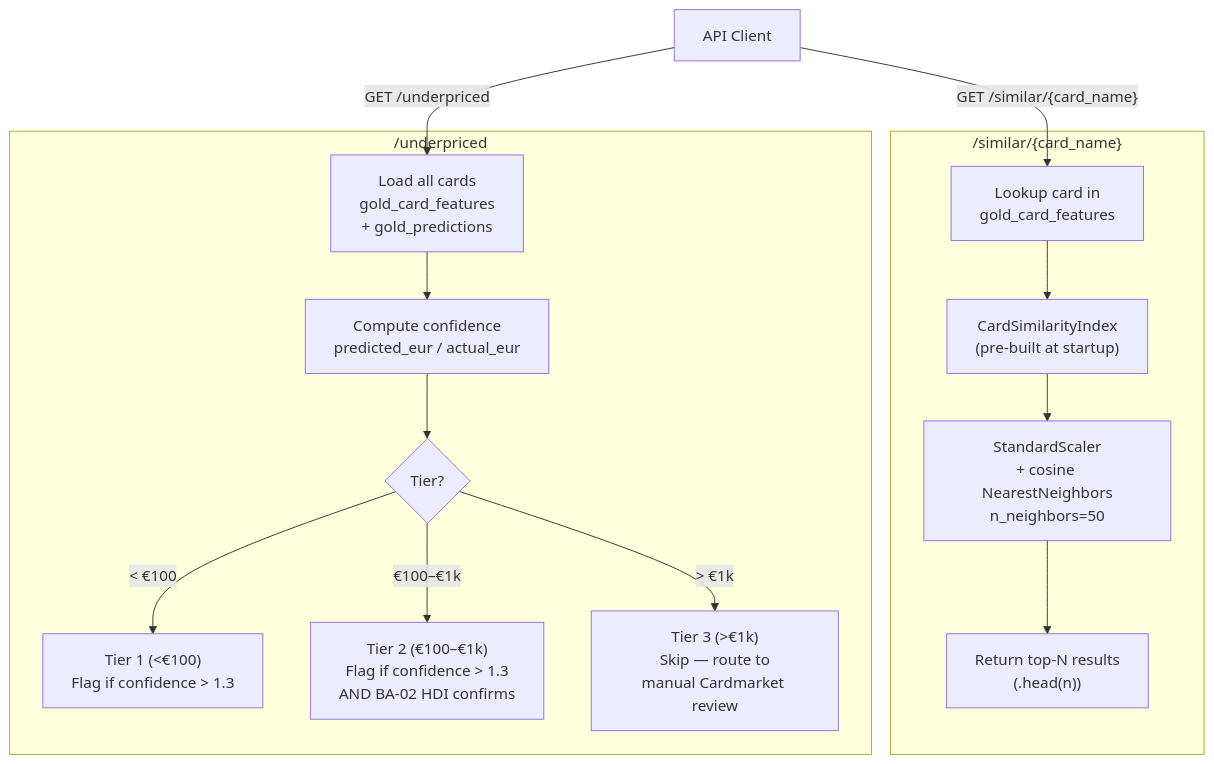
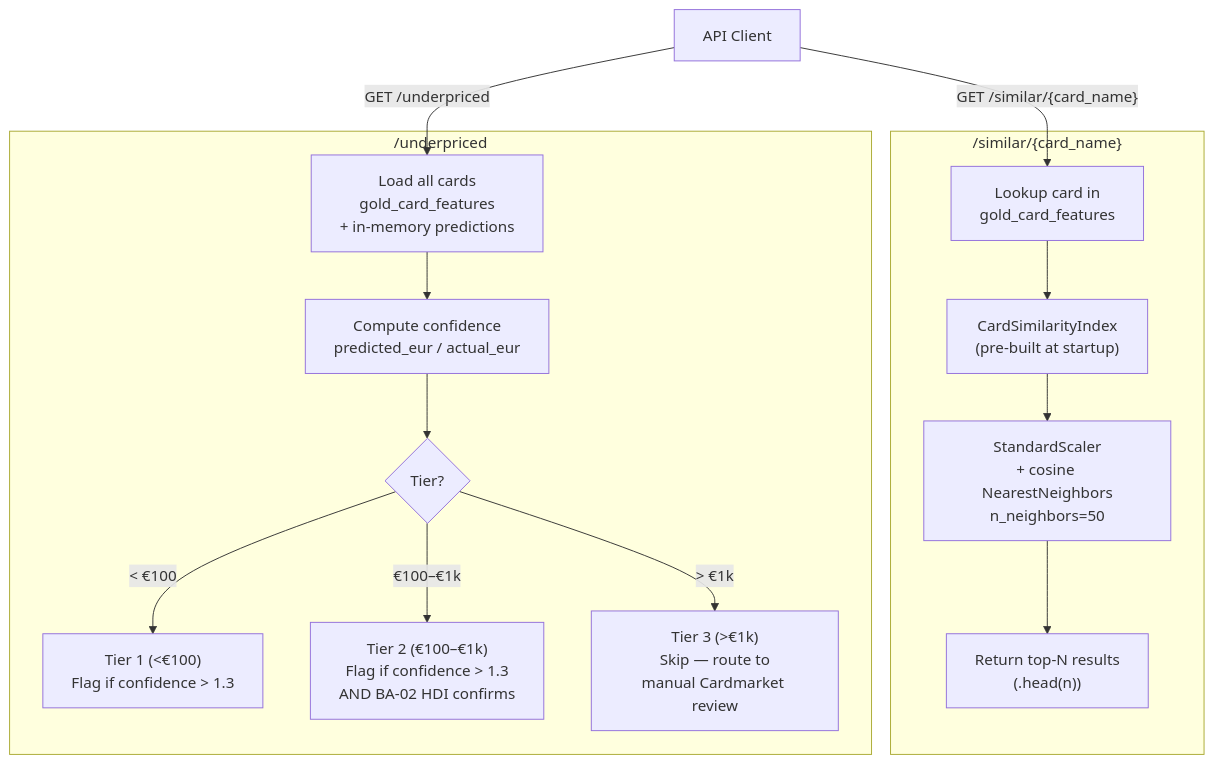
Before and after one commit to jedrzejpolaczek/aviarium.columbarius: the diagram in docs/adr/ADR-023-card-recommendation-strategy.md, drawn with Mermaid. The commit also changed other lines of this file and 102 other files, not shown here.

````diff
--- a/docs/adr/ADR-023-card-recommendation-strategy.md
+++ b/docs/adr/ADR-023-card-recommendation-strategy.md
@@ -88,28 +135,28 @@
 ```mermaid
 flowchart TD
     CLIENT["API Client"]
 
     subgraph Similar["/similar/{card_name}"]
         SL["Lookup card in\ngold_card_features"]
         SI["CardSimilarityIndex\n(pre-built at startup)"]
         SF["StandardScaler\n+ cosine NearestNeighbors\nn_neighbors=50"]
         SR["Return top-N results\n(.head(n))"]
         SL --> SI --> SF --> SR
     end
 
     subgraph Underpriced["/underpriced"]
-        UL["Load all cards\ngold_card_features\n+ gold_predictions"]
+        UL["Load all cards\ngold_card_features\n+ in-memory predictions"]
         UC["Compute confidence\npredicted_eur / actual_eur"]
         UT{"Tier?"}
         T1["Tier 1 (<€100)\nFlag if confidence > 1.3"]
         T2["Tier 2 (€100–€1k)\nFlag if confidence > 1.3\nAND BA-02 HDI confirms"]
         T3["Tier 3 (>€1k)\nSkip — route to\nmanual Cardmarket review"]
         UL --> UC --> UT
         UT -->|"< €100"| T1
         UT -->|"€100–€1k"| T2
         UT -->|"> €1k"| T3
     end
 
     CLIENT -->|"GET /similar/{card_name}"| SL
     CLIENT -->|"GET /underpriced"| UL
 ```
````
